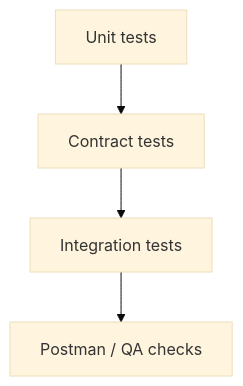
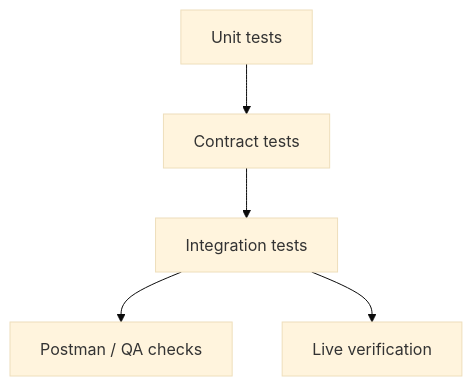
One commit to hs737/mcp-server-for-ynab changed the diagram in docs/testing.md. Above: the diagram before and after it, drawn with Mermaid (base theme). The commit also changed other lines of this file and 4 other files, not shown here.

````diff
--- a/docs/testing.md
+++ b/docs/testing.md
@@ -20,6 +20,7 @@
 ```mermaid
 flowchart TD
     A["Unit tests"] --> B["Contract tests"]
     B --> C["Integration tests"]
     C --> D["Postman / QA checks"]
+    C --> E["Live verification"]
 ```
````
